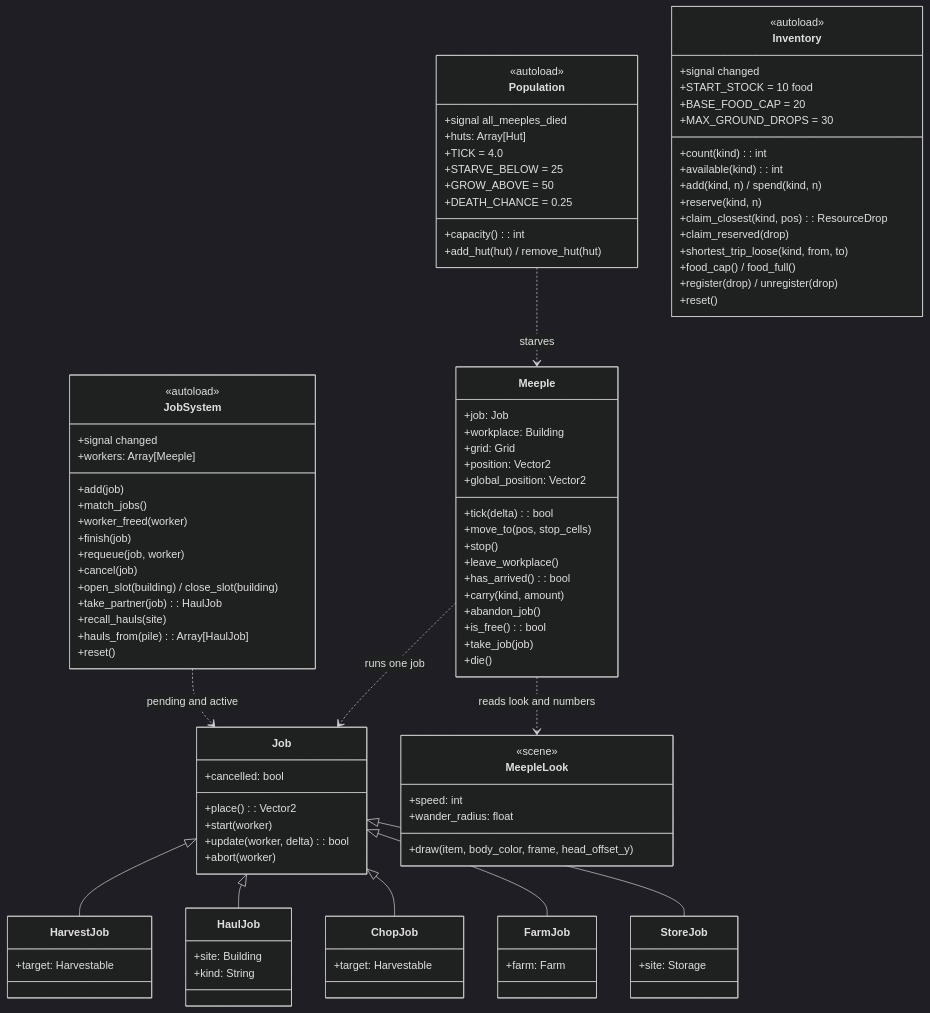
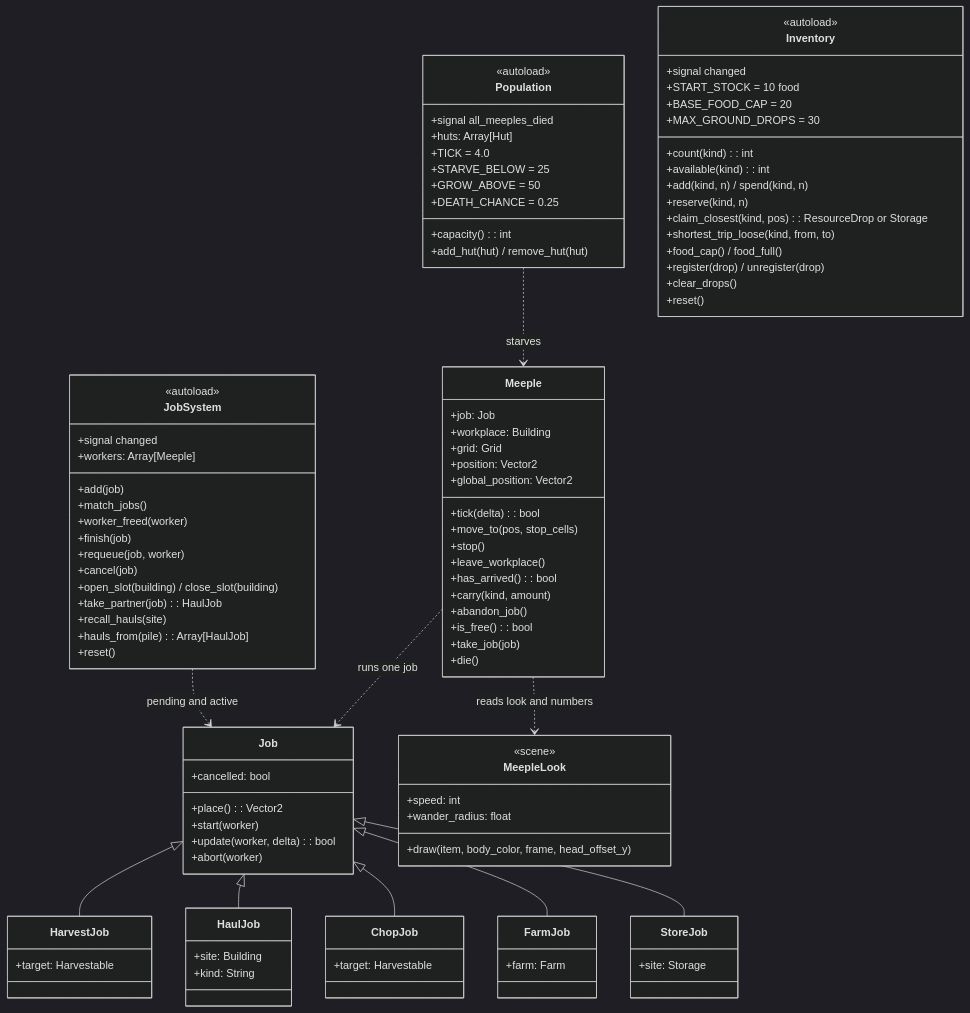
Before and after one commit to Liam-M-Mays/game-jam-2026: the tenth of 11 diagrams in docs/architecture.md, drawn with Mermaid (dark theme). The commit also changed other lines of this file and 11 other files, not shown here.

```diff
--- a/docs/architecture.md
+++ b/docs/architecture.md
@@ -640,11 +655,11 @@
         +available(kind): int
         +add(kind, n) / spend(kind, n)
         +reserve(kind, n)
-        +claim_closest(kind, pos): ResourceDrop
-        +claim_reserved(drop)
+        +claim_closest(kind, pos): ResourceDrop or Storage
         +shortest_trip_loose(kind, from, to)
         +food_cap() / food_full()
         +register(drop) / unregister(drop)
+        +clear_drops()
         +reset()
     }
     class HarvestJob {
```
